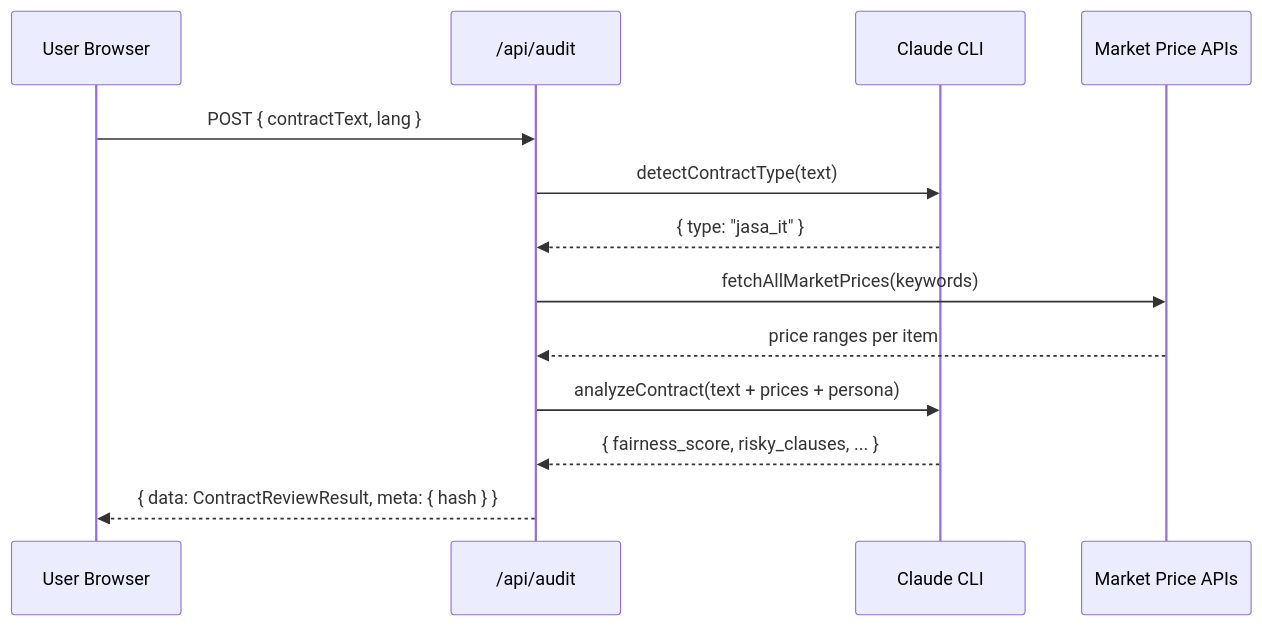
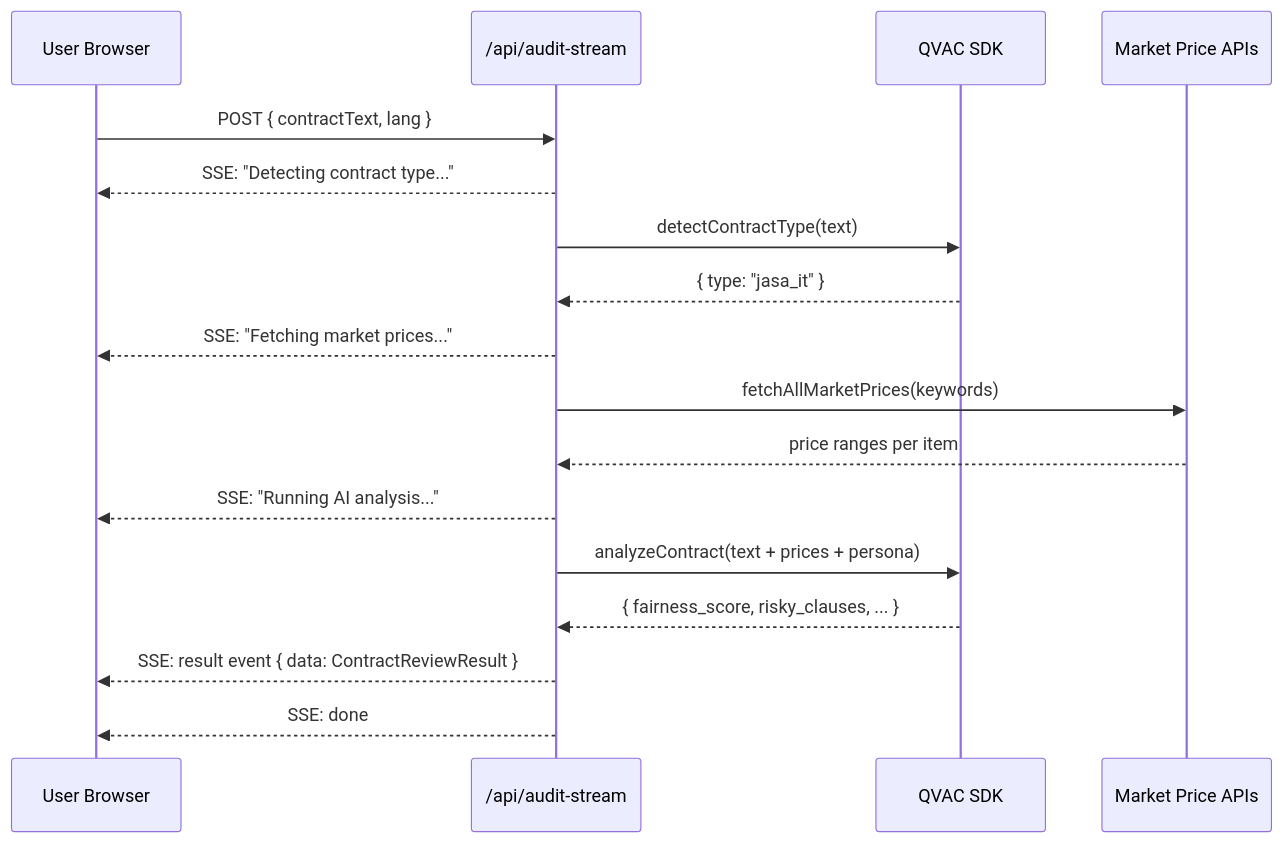
One commit to ContracGuardAI/frontend changed the second of 3 diagrams in docs/architecture/overview.md. Above: the diagram before and after it, drawn with Mermaid. The commit also changed other lines of this file and 40 other files, not shown here.

````diff
--- a/docs/architecture/overview.md
+++ b/docs/architecture/overview.md
@@ -54,16 +69,20 @@
 ```mermaid
 sequenceDiagram
     participant U as User Browser
-    participant API as /api/audit
-    participant CLI as Claude CLI
+    participant API as /api/audit-stream
+    participant QVAC as QVAC SDK
     participant MP as Market Price APIs
 
     U->>API: POST { contractText, lang }
-    API->>CLI: detectContractType(text)
-    CLI-->>API: { type: "jasa_it" }
+    API-->>U: SSE: "Detecting contract type..."
+    API->>QVAC: detectContractType(text)
+    QVAC-->>API: { type: "jasa_it" }
+    API-->>U: SSE: "Fetching market prices..."
     API->>MP: fetchAllMarketPrices(keywords)
     MP-->>API: price ranges per item
-    API->>CLI: analyzeContract(text + prices + persona)
-    CLI-->>API: { fairness_score, risky_clauses, ... }
-    API-->>U: { data: ContractReviewResult, meta: { hash } }
+    API-->>U: SSE: "Running AI analysis..."
+    API->>QVAC: analyzeContract(text + prices + persona)
+    QVAC-->>API: { fairness_score, risky_clauses, ... }
+    API-->>U: SSE: result event { data: ContractReviewResult }
+    API-->>U: SSE: done
 ```
````
